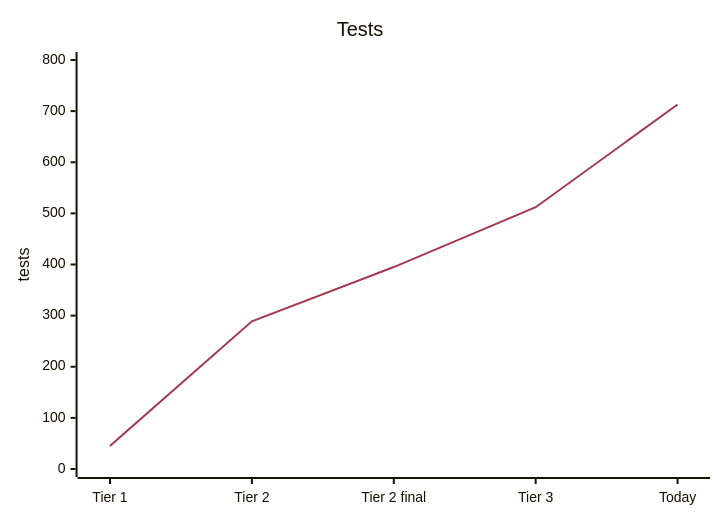
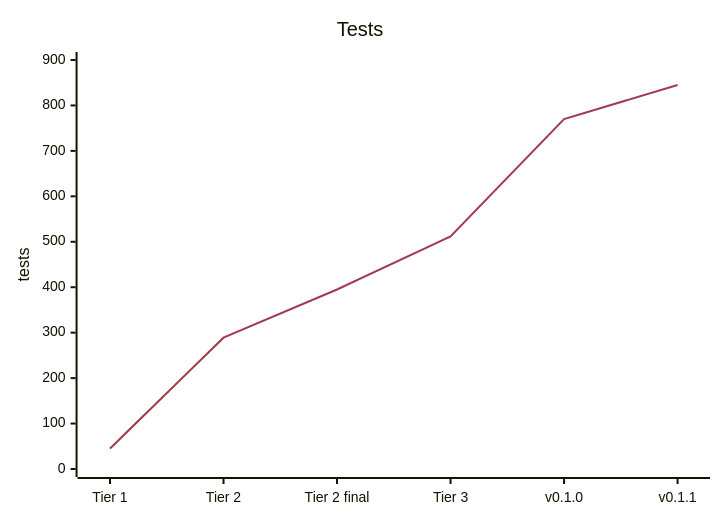
The fourth of 4 diagrams in README.md (ruseellkj/omega), drawn with Mermaid before and after one commit. The commit also changed other lines of this file and 1 other file, not shown here.

````diff
--- a/README.md
+++ b/README.md
@@ -254,8 +254,8 @@
 ```mermaid
 %%{init: {"themeVariables": {"xyChart": {"plotColorPalette": "#A33A4F"}}}}%%
 xychart-beta
     title "Tests"
-    x-axis ["Tier 1", "Tier 2", "Tier 2 final", "Tier 3", "Today"]
-    y-axis "tests" 0 --> 800
-    line [45, 289, 395, 512, 713]
+    x-axis ["Tier 1", "Tier 2", "Tier 2 final", "Tier 3", "v0.1.0", "v0.1.1"]
+    y-axis "tests" 0 --> 900
+    line [45, 289, 395, 512, 770, 845]
 ```
````
